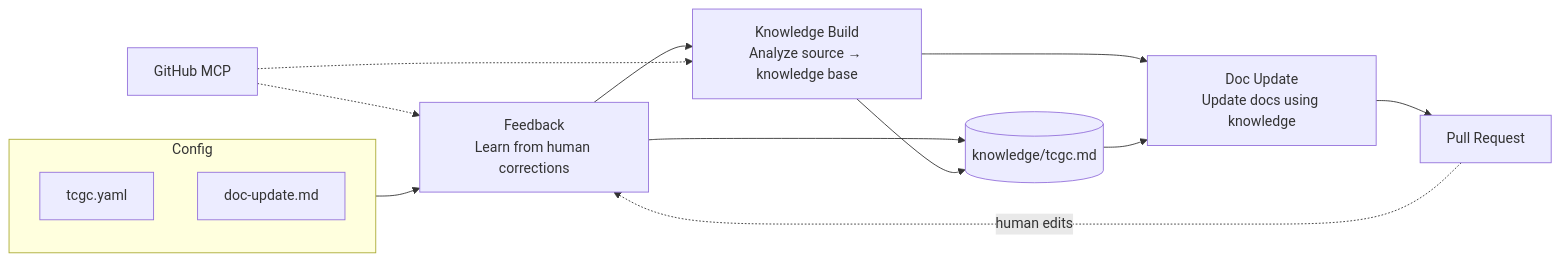
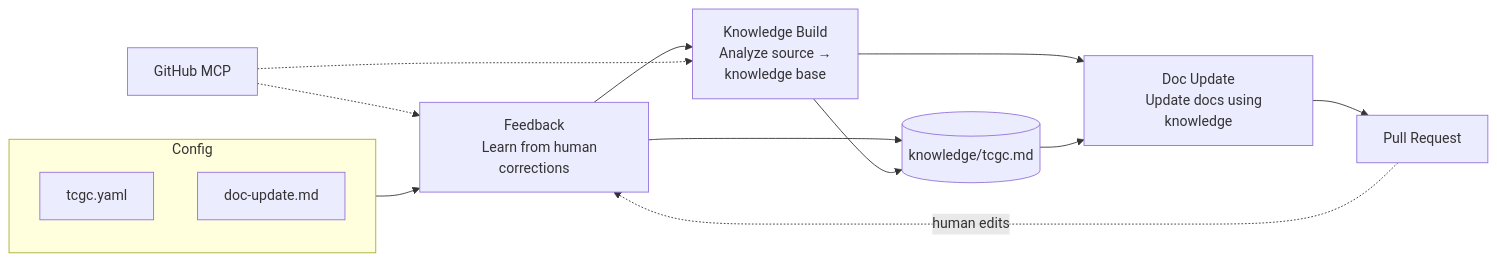
The diagram in eng/scripts/doc-updater/flow.md (tadelesh/typespec-azure), drawn with Mermaid before and after one commit.

````diff
--- a/eng/scripts/doc-updater/flow.md
+++ b/eng/scripts/doc-updater/flow.md
@@ -3,27 +3,31 @@
 ```mermaid
 flowchart LR
     subgraph Config
         YAML[tcgc.yaml]
         PROMPT[doc-update.md]
     end
 
     Config --> P0
 
-    P0[Feedback\nLearn from human corrections]
-    P1[Knowledge Build\nAnalyze source → knowledge base]
-    P2[Doc Update\nUpdate docs using knowledge]
+    P0[Feedback
+    Learn from human corrections]
+    P1[Knowledge Build
+    Analyze source →
+    knowledge base]
+    P2[Doc Update
+    Update docs using knowledge]
 
     P0 --> P1 --> P2
 
     KB[(knowledge/tcgc.md)]
     MCP[GitHub MCP]
     PR[Pull Request]
 
     MCP -.-> P0
     MCP -.-> P1
     KB --> P2
     P0 --> KB
     P1 --> KB
     P2 --> PR
     PR -.->|human edits| P0
 ```
````
